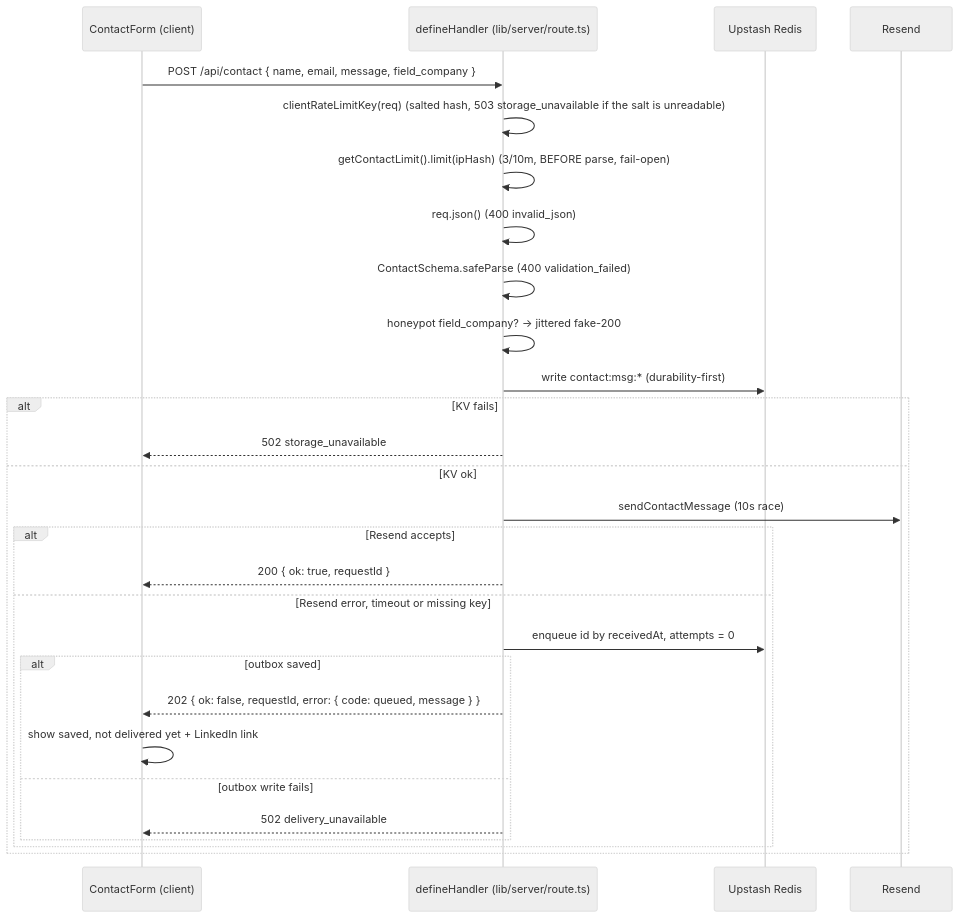
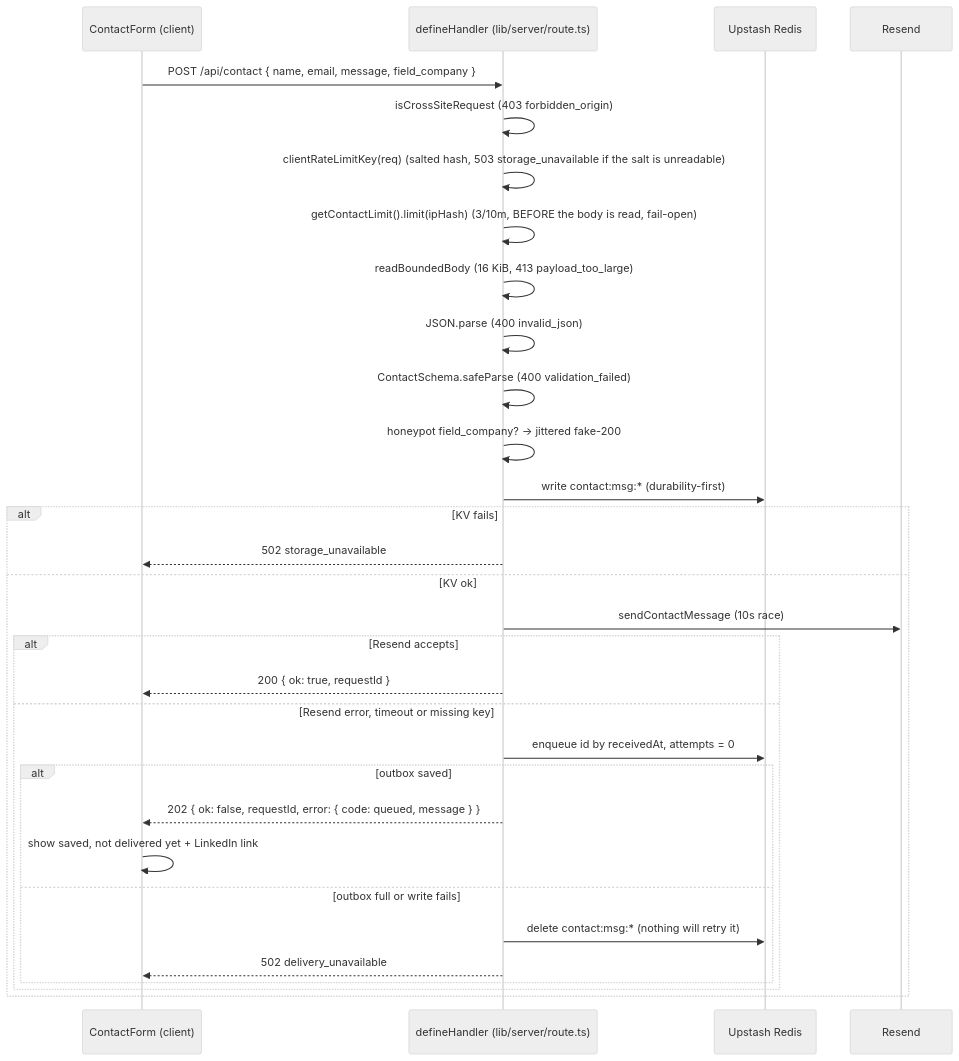
Before and after one commit to erikunha/portfolio: the fifth of 6 diagrams in docs/03-rendering-and-data-flow.md, drawn with Mermaid (neutral theme). The commit also changed other lines of this file and 50 other files, not shown here.

````diff
--- a/docs/03-rendering-and-data-flow.md
+++ b/docs/03-rendering-and-data-flow.md
@@ -169,31 +177,34 @@
 ```mermaid
 sequenceDiagram
     participant F as ContactForm (client)
     participant H as defineHandler (lib/server/route.ts)
     participant KV as Upstash Redis
     participant RS as Resend
 
     F->>H: POST /api/contact { name, email, message, field_company }
+    H->>H: isCrossSiteRequest (403 forbidden_origin)
     H->>H: clientRateLimitKey(req)  (salted hash, 503 storage_unavailable if the salt is unreadable)
-    H->>H: getContactLimit().limit(ipHash)  (3/10m, BEFORE parse, fail-open)
-    H->>H: req.json() (400 invalid_json)
+    H->>H: getContactLimit().limit(ipHash)  (3/10m, BEFORE the body is read, fail-open)
+    H->>H: readBoundedBody (16 KiB, 413 payload_too_large)
+    H->>H: JSON.parse (400 invalid_json)
     H->>H: ContactSchema.safeParse (400 validation_failed)
     H->>H: honeypot field_company? -> jittered fake-200
     H->>KV: write contact:msg:* (durability-first)
     alt KV fails
         H-->>F: 502 storage_unavailable
     else KV ok
         H->>RS: sendContactMessage (10s race)
         alt Resend accepts
             H-->>F: 200 { ok: true, requestId }
         else Resend error, timeout or missing key
             H->>KV: enqueue id by receivedAt, attempts = 0
             alt outbox saved
                 H-->>F: 202 { ok: false, requestId, error: { code: queued, message } }
                 F->>F: show saved, not delivered yet + LinkedIn link
-            else outbox write fails
+            else outbox full or write fails
+                H->>KV: delete contact:msg:* (nothing will retry it)
                 H-->>F: 502 delivery_unavailable
             end
         end
     end
 ```
````
